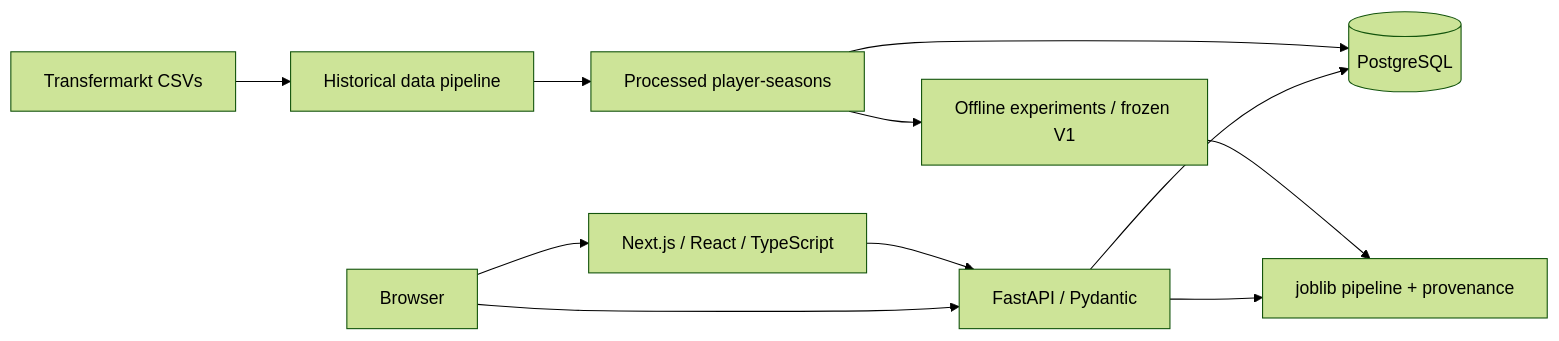
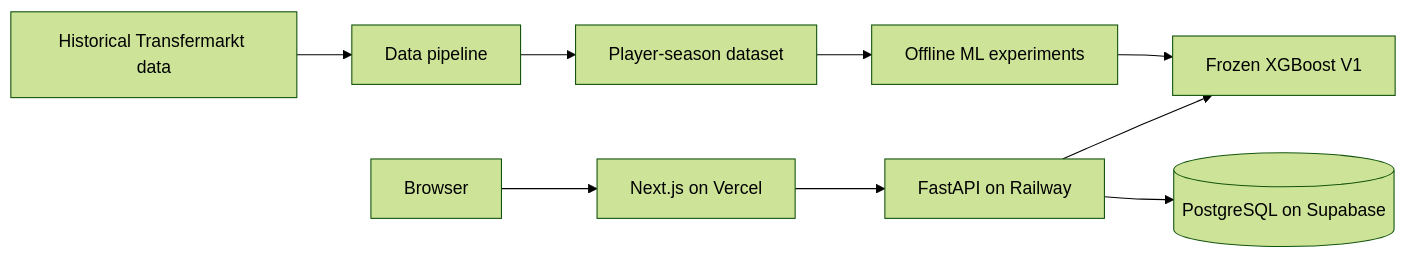
Before and after one commit to yassomino/PlayerWorth: the diagram in README.md, drawn with Mermaid (forest theme). The commit also changed other lines of this file, not shown here.

Commit message:
Polish README for PlayerWorth V1 launch

````diff
--- a/README.md
+++ b/README.md
@@ -57,13 +86,12 @@
 ```mermaid
 flowchart LR
-  CSV[Transfermarkt CSVs] --> Pipeline[Historical data pipeline]
-  Pipeline --> Dataset[Processed player-seasons]
-  Dataset --> DB[(PostgreSQL)]
-  Dataset --> Training[Offline experiments / frozen V1]
-  Training --> Artifact[joblib pipeline + provenance]
-  Browser --> Frontend[Next.js / React / TypeScript]
-  Frontend --> API[FastAPI / Pydantic]
-  Browser --> API
-  API --> DB
-  API --> Artifact
+    Raw[Historical Transfermarkt data] --> Pipeline[Data pipeline]
+    Pipeline --> Dataset[Player-season dataset]
+    Dataset --> Training[Offline ML experiments]
+    Training --> Model[Frozen XGBoost V1]
+
+    Browser[Browser] --> Frontend[Next.js on Vercel]
+    Frontend --> API[FastAPI on Railway]
+    API --> DB[(PostgreSQL on Supabase)]
+    API --> Model
 ```
````
